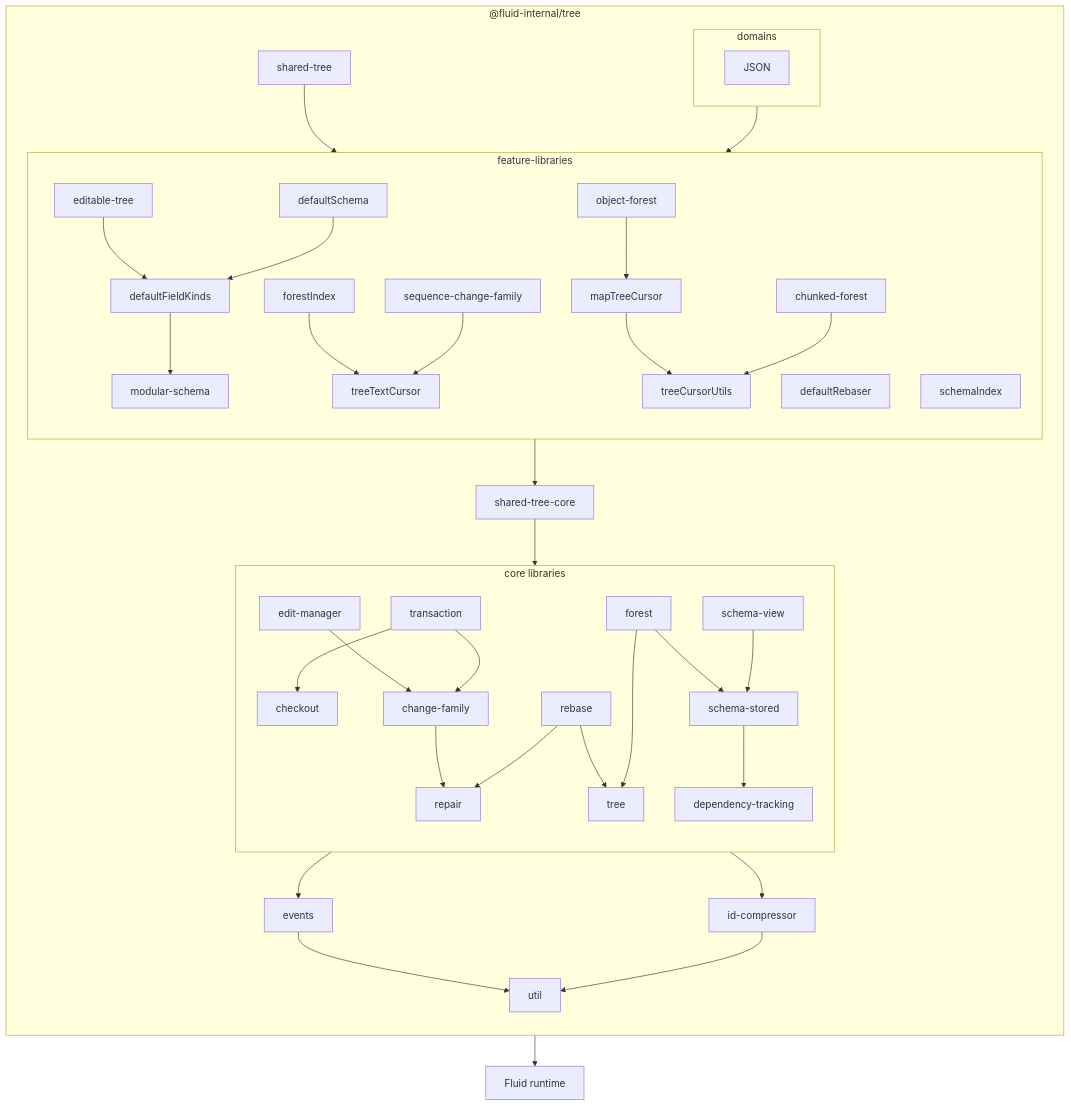
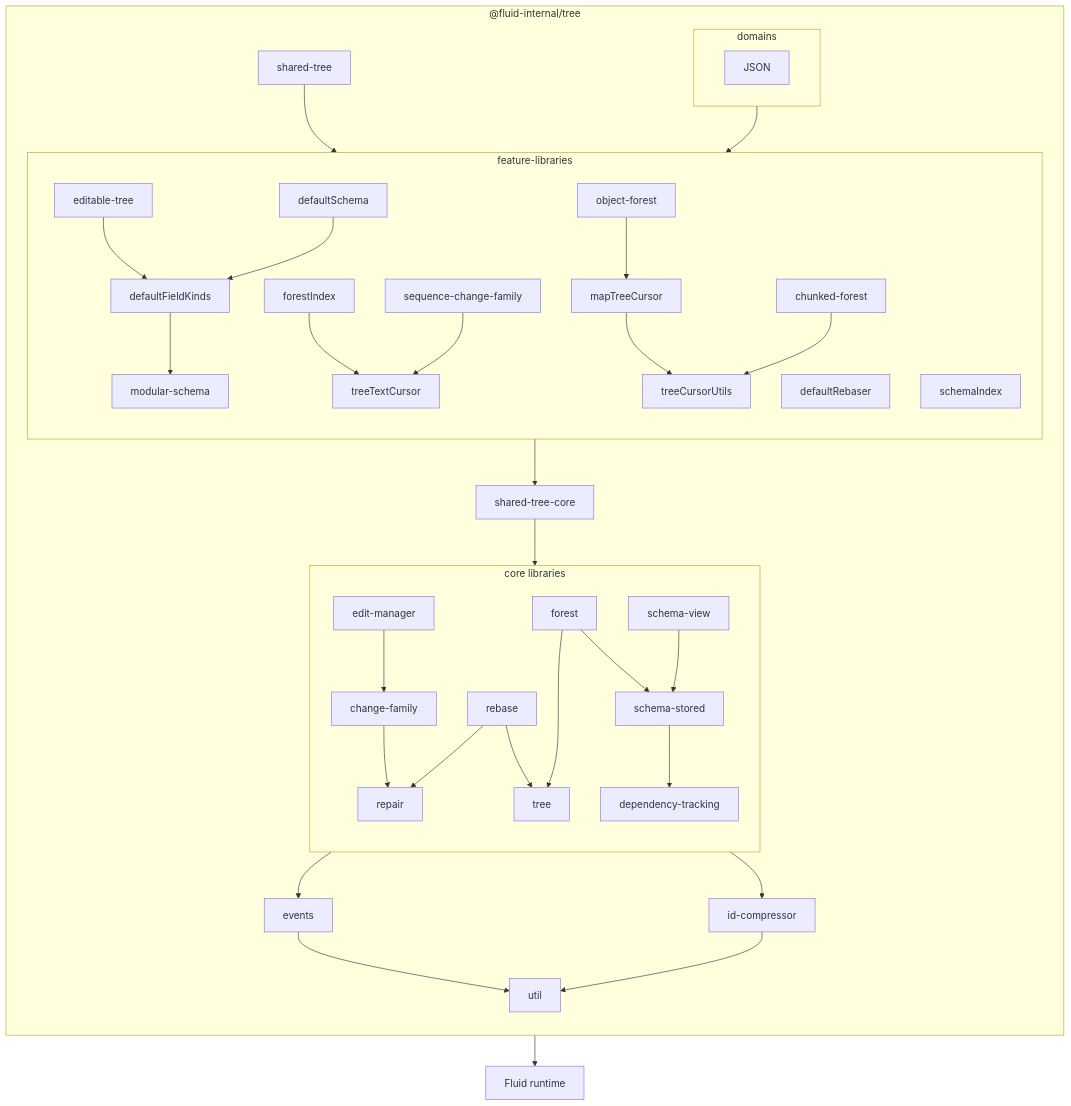
Before and after one commit to microsoft/FluidFramework: the sixth of 6 diagrams in packages/dds/tree/README.md, drawn with Mermaid. The commit also changed 23 other files, not shown here.

````diff
--- a/packages/dds/tree/README.md
+++ b/packages/dds/tree/README.md
@@ -298,44 +298,41 @@
 ```mermaid
 flowchart
     direction TB
     subgraph package ["@fluid-internal/tree"]
         direction TB
         subgraph core ["core libraries"]
             direction TB
-            checkout
             forest-->schema-stored
             change-family-->repair
             edit-manager-->change-family
             rebase-->repair
             rebase-->tree
             schema-stored-->dependency-tracking
             schema-view-->schema-stored
-            transaction-->change-family
-            transaction-->checkout
             dependency-tracking
             forest-->tree
         end
         core-->events-->util
         core-->id-compressor-->util
         feature-->shared-tree-core
         shared-tree-core-->core
         shared-tree-->feature
         subgraph feature ["feature-libraries"]
             direction TB
             editable-tree-->defaultFieldKinds
             defaultRebaser
             defaultSchema-->defaultFieldKinds-->modular-schema
             forestIndex-->treeTextCursor
             modular-schema
             object-forest-->mapTreeCursor-->treeCursorUtils
             chunked-forest-->treeCursorUtils
             schemaIndex
             sequence-change-family-->treeTextCursor
         end
         subgraph domains
             JSON
         end
         domains-->feature
     end
     package-->runtime["Fluid runtime"]
 ```
````
